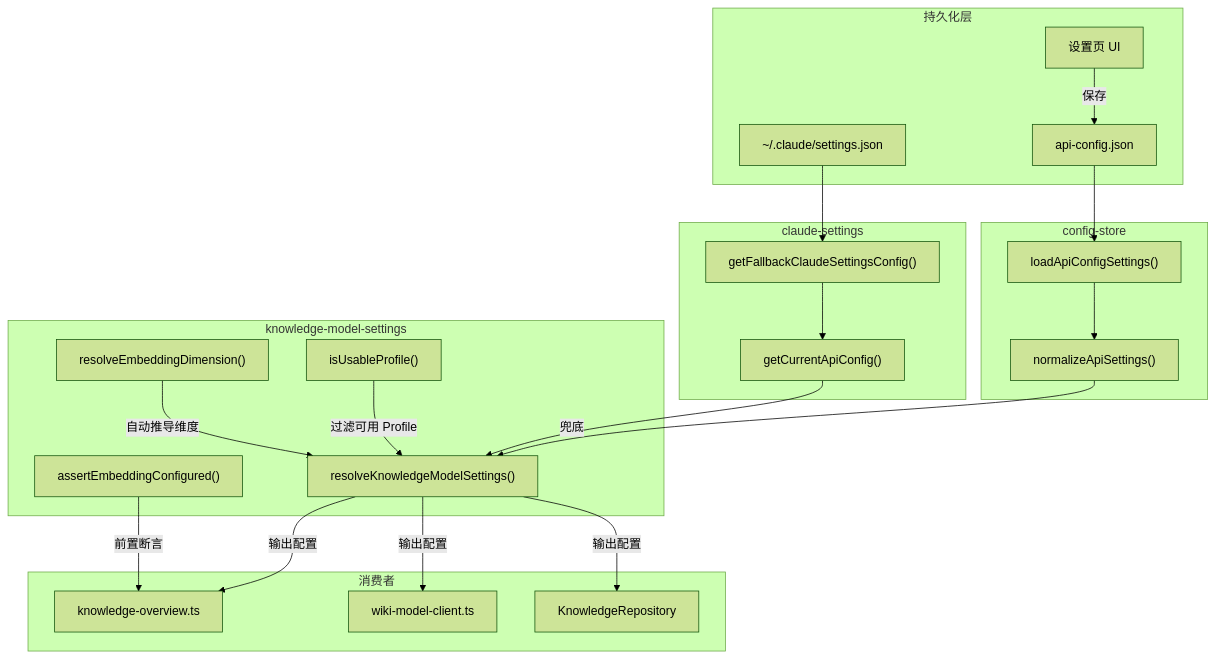
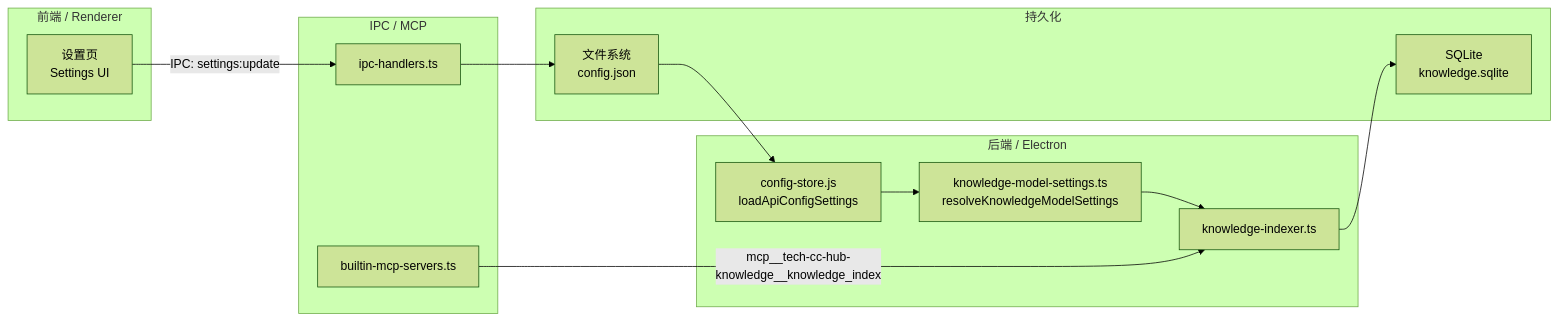
One commit to lst016/tech-cc-hub changed the fifth of 5 diagrams in .tech/repowiki/zh/content/核心模块规格/知识库后端引擎总览/设置页与配置读写.md. Above: the diagram before and after it, drawn with Mermaid (forest theme). The commit also changed other lines of this file and 195 other files, not shown here.

````diff
--- a/.tech/repowiki/zh/content/核心模块规格/知识库后端引擎总览/设置页与配置读写.md
+++ b/.tech/repowiki/zh/content/核心模块规格/知识库后端引擎总览/设置页与配置读写.md
@@ -117,45 +310,31 @@
 ```mermaid
-flowchart TD
-    subgraph 持久化层
-        UI[设置页 UI]
-        FS[api-config.json]
-        CFG[~/.claude/settings.json]
+flowchart LR
+    subgraph Frontend["前端 / Renderer"]
+        PE["设置页<br/>Settings UI"]
     end
 
-    subgraph config-store
-        loadApiConfigSettings["loadApiConfigSettings()"]
-        normalizeApiSettings["normalizeApiSettings()"]
+    subgraph Bridge["IPC / MCP"]
+        IPC["ipc-handlers.ts"]
+        MCP["builtin-mcp-servers.ts"]
     end
 
-    subgraph claude-settings
-        getCurrentApiConfig["getCurrentApiConfig()"]
-        getFallbackClaudeSettingsConfig["getFallbackClaudeSettingsConfig()"]
+    subgraph Backend["后端 / Electron"]
+        CS["config-store.js<br/>loadApiConfigSettings"]
+        KMS["knowledge-model-settings.ts<br/>resolveKnowledgeModelSettings"]
+        KIDX["knowledge-indexer.ts"]
     end
 
-    subgraph knowledge-model-settings
-        resolveKnowledgeModelSettings["resolveKnowledgeModelSettings()"]
-        isUsableProfile["isUsableProfile()"]
-        resolveEmbeddingDimension["resolveEmbeddingDimension()"]
-        assertEmbeddingConfigured["assertEmbeddingConfigured()"]
+    subgraph Storage["持久化"]
+        FS["文件系统<br/>config.json"]
+        DB["SQLite<br/>knowledge.sqlite"]
     end
 
-    subgraph 消费者
-        knowledge-overview["knowledge-overview.ts"]
-        wiki-model-client["wiki-model-client.ts"]
-        KnowledgeRepository["KnowledgeRepository"]
-    end
+    PE -->|IPC: settings:update| IPC
+    IPC --> FS
+    FS --> CS
+    CS --> KMS
+    KMS --> KIDX
+    KIDX --> DB
 
-    UI -->|保存| FS
-    FS --> loadApiConfigSettings
-    loadApiConfigSettings --> normalizeApiSettings
-    normalizeApiSettings --> resolveKnowledgeModelSettings
-    CFG --> getFallbackClaudeSettingsConfig
-    getFallbackClaudeSettingsConfig --> getCurrentApiConfig
-    getCurrentApiConfig -->|兜底| resolveKnowledgeModelSettings
-    isUsableProfile -->|过滤可用 Profile| resolveKnowledgeModelSettings
-    resolveEmbeddingDimension -->|自动推导维度| resolveKnowledgeModelSettings
-    resolveKnowledgeModelSettings -->|输出配置| knowledge-overview
-    resolveKnowledgeModelSettings -->|输出配置| wiki-model-client
-    resolveKnowledgeModelSettings -->|输出配置| KnowledgeRepository
-    assertEmbeddingConfigured -->|前置断言| knowledge-overview
+    MCP -->|mcp__tech-cc-hub-knowledge__knowledge_index| KIDX
 ```
````
